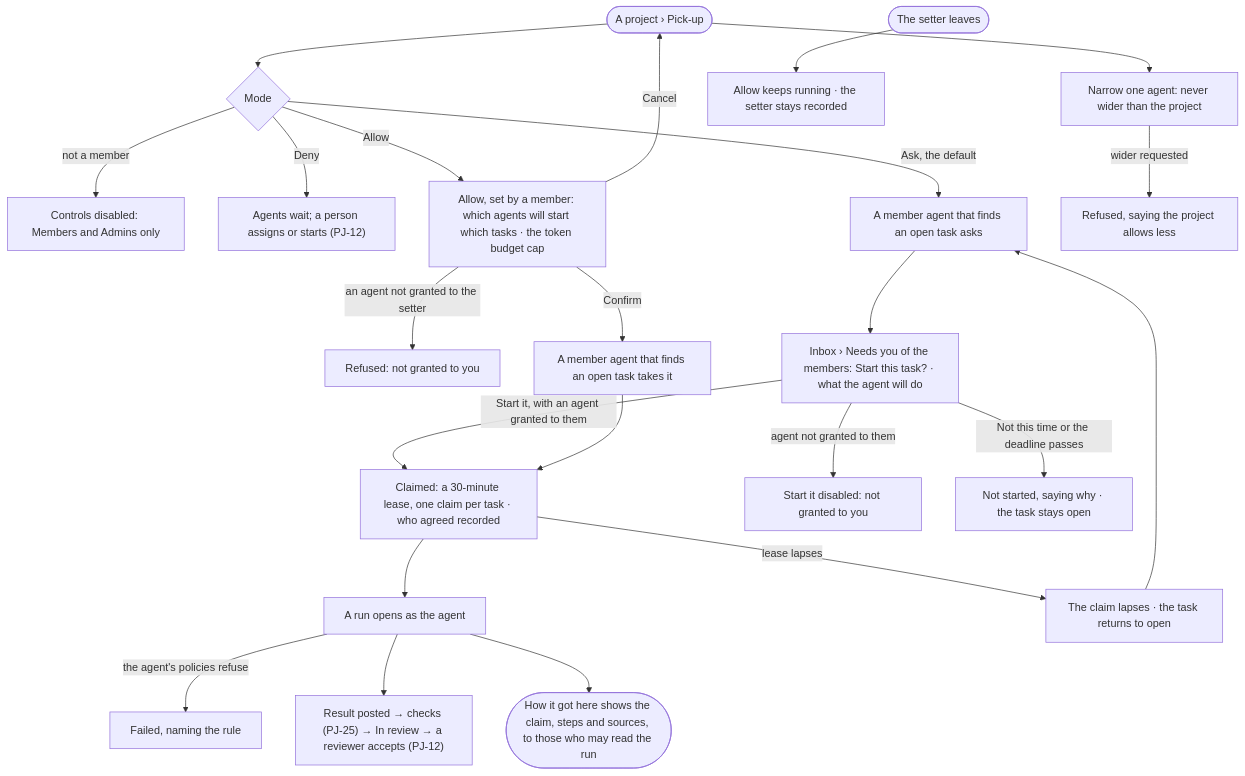
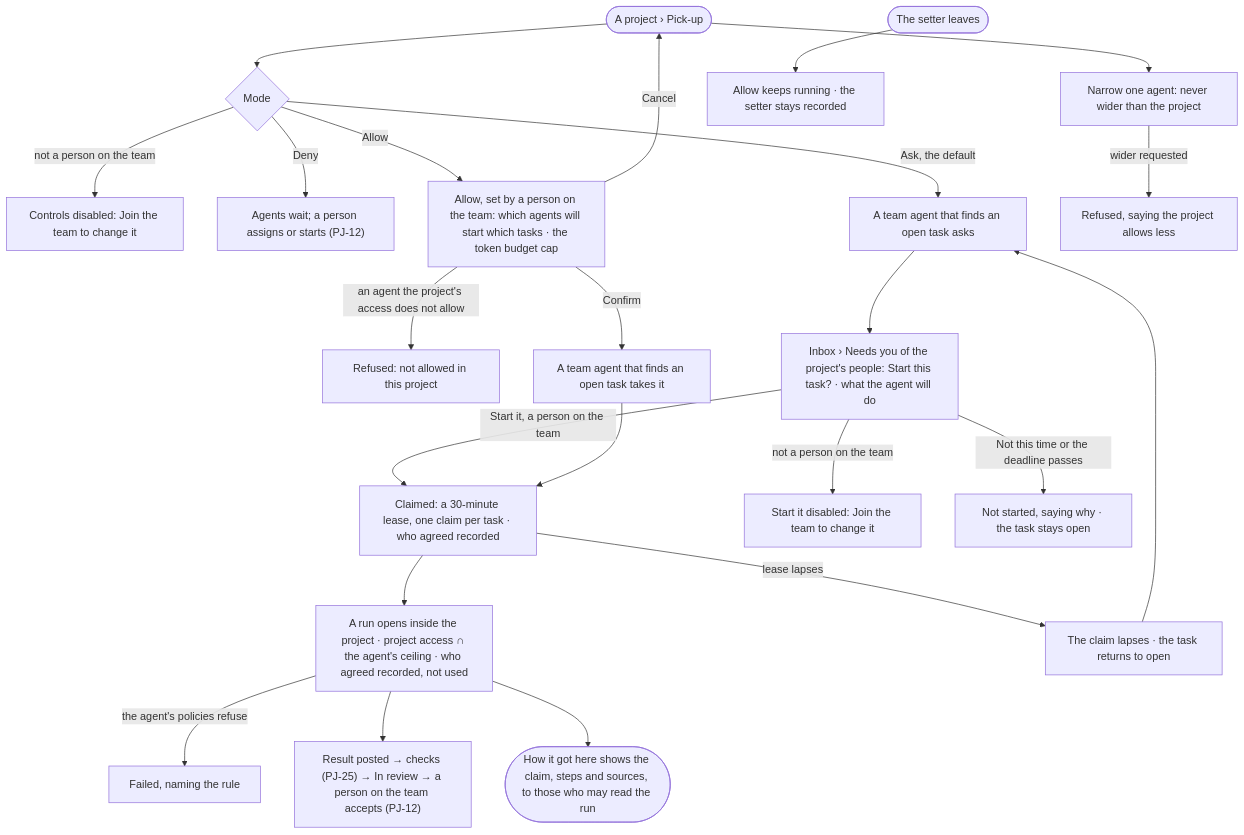
Before and after one commit to invana/invana: the first of 2 diagrams in specs/capabilities/projects/features/PJ-F01-projects-and-tasks/stories/PJ-15-let-agents-pick-up-tasks-by-hand-by-asking-or-on-their-own/story.md, drawn with Mermaid. The commit also changed other lines of this file and 106 other files, not shown here.

First line of the commit message:
docs(specs): access policies replace roles; Agents mode; project access

````diff
--- a/specs/capabilities/projects/features/PJ-F01-projects-and-tasks/stories/PJ-15-let-agents-pick-up-tasks-by-hand-by-asking-or-on-their-own/story.md
+++ b/specs/capabilities/projects/features/PJ-F01-projects-and-tasks/stories/PJ-15-let-agents-pick-up-tasks-by-hand-by-asking-or-on-their-own/story.md
@@ -30,25 +30,25 @@
 ```mermaid
 flowchart TD
   s([A project › Pick-up]) --> m{"Mode"}
-  m -->|not a member| na["Controls disabled: Members and Admins only"]
+  m -->|not a person on the team| na["Controls disabled: Join the team to change it"]
   m -->|Deny| man["Agents wait; a person assigns or starts (PJ-12)"]
-  m -->|Ask, the default| ask["A member agent that finds an open task asks"]
-  m -->|Allow| conf["Allow, set by a member: which agents will start which tasks · the token budget cap"]
-  conf -->|an agent not granted to the setter| nu["Refused: not granted to you"]
-  conf -->|Confirm| auto["A member agent that finds an open task takes it"]
+  m -->|Ask, the default| ask["A team agent that finds an open task asks"]
+  m -->|Allow| conf["Allow, set by a person on the team: which agents will start which tasks · the token budget cap"]
+  conf -->|an agent the project's access does not allow| nu["Refused: not allowed in this project"]
+  conf -->|Confirm| auto["A team agent that finds an open task takes it"]
   conf -->|Cancel| s
   s --> nar["Narrow one agent: never wider than the project"]
   nar -->|wider requested| ref["Refused, saying the project allows less"]
-  ask --> inbox["Inbox › Needs you of the members: Start this task? · what the agent will do"]
-  inbox -->|Start it, with an agent granted to them| claim
-  inbox -->|agent not granted to them| nstart["Start it disabled: not granted to you"]
+  ask --> inbox["Inbox › Needs you of the project's people: Start this task? · what the agent will do"]
+  inbox -->|Start it, a person on the team| claim
+  inbox -->|not a person on the team| nstart["Start it disabled: Join the team to change it"]
   inbox -->|Not this time or the deadline passes| held["Not started, saying why · the task stays open"]
   auto --> claim["Claimed: a 30-minute lease, one claim per task · who agreed recorded"]
-  claim --> run["A run opens as the agent"]
+  claim --> run["A run opens inside the project · project access ∩ the agent's ceiling · who agreed recorded, not used"]
   run -->|the agent's policies refuse| pf["Failed, naming the rule"]
-  run --> res["Result posted → checks (PJ-25) → In review → a reviewer accepts (PJ-12)"]
+  run --> res["Result posted → checks (PJ-25) → In review → a person on the team accepts (PJ-12)"]
   claim -->|lease lapses| back["The claim lapses · the task returns to open"]
   back --> ask
   leave([The setter leaves]) --> keep["Allow keeps running · the setter stays recorded"]
   run --> trace(["How it got here shows the claim, steps and sources, to those who may read the run"])
 ```
````
